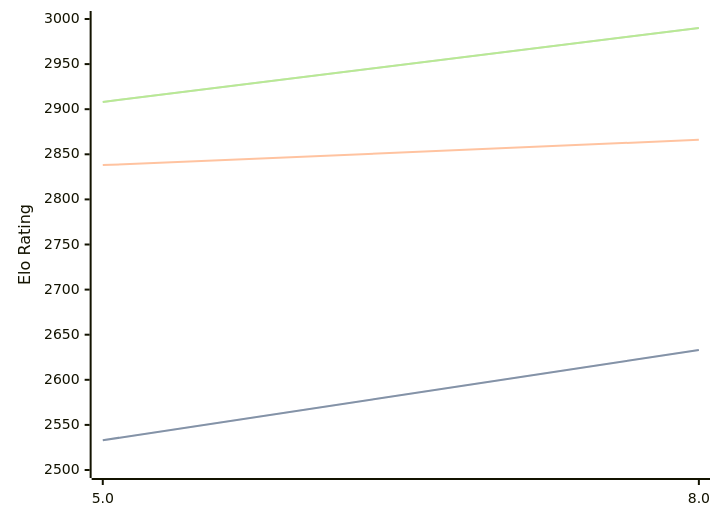
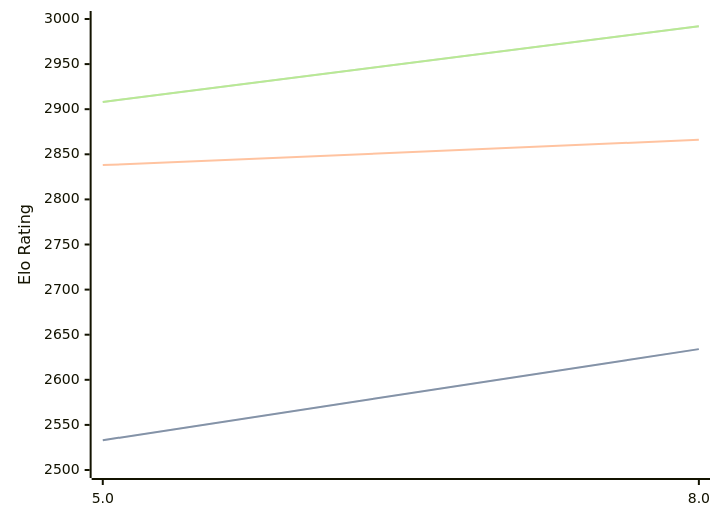
Before and after one commit to computer-chess-index/cci: the diagram in engines/4kc.md, drawn with Mermaid. The commit also changed other lines of this file, not shown here.

Commit message:
Update CCI Ratings (ELO VLTC) - 2026-05-13

````diff
--- a/engines/4kc.md
+++ b/engines/4kc.md
@@ -41,11 +41,11 @@
 ```mermaid
 %%{init: {"theme":"base","themeVariables":{"seriesColors:['#a3a3a3','#222221','#faa371']}}}%%
 xychart-beta
   x-axis ["5.0", "8.0"]
   y-axis "Elo Rating" 2500 --> 3000
-  line "STC (8.0+0.08s)" [2533, 2633]
-  line "STC (8.0+0.08s)" [2533, 2633]
+  line "STC (8.0+0.08s)" [2533, 2634]
+  line "STC (8.0+0.08s)" [2533, 2634]
   line "LTC (60.0+0.60s)" [2838, 2866]
-  line "VLTC (2m24s+1.12s)" [2908, 2990]
-  line "VLTC (2m24s+1.12s)" [2908, 2990]
+  line "VLTC (2m24s+1.12s)" [2908, 2992]
+  line "VLTC (2m24s+1.12s)" [2908, 2992]
 ```
````
